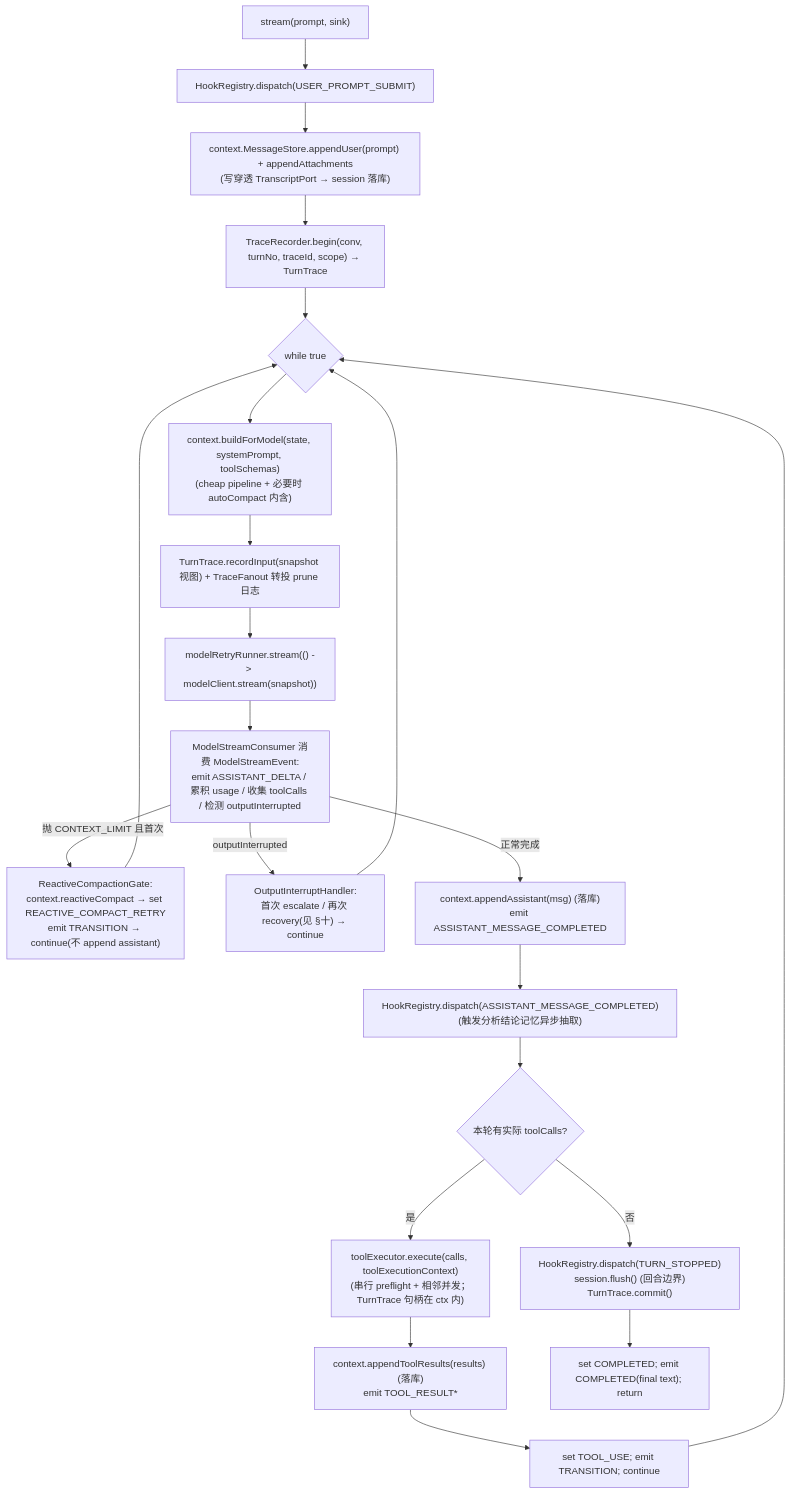
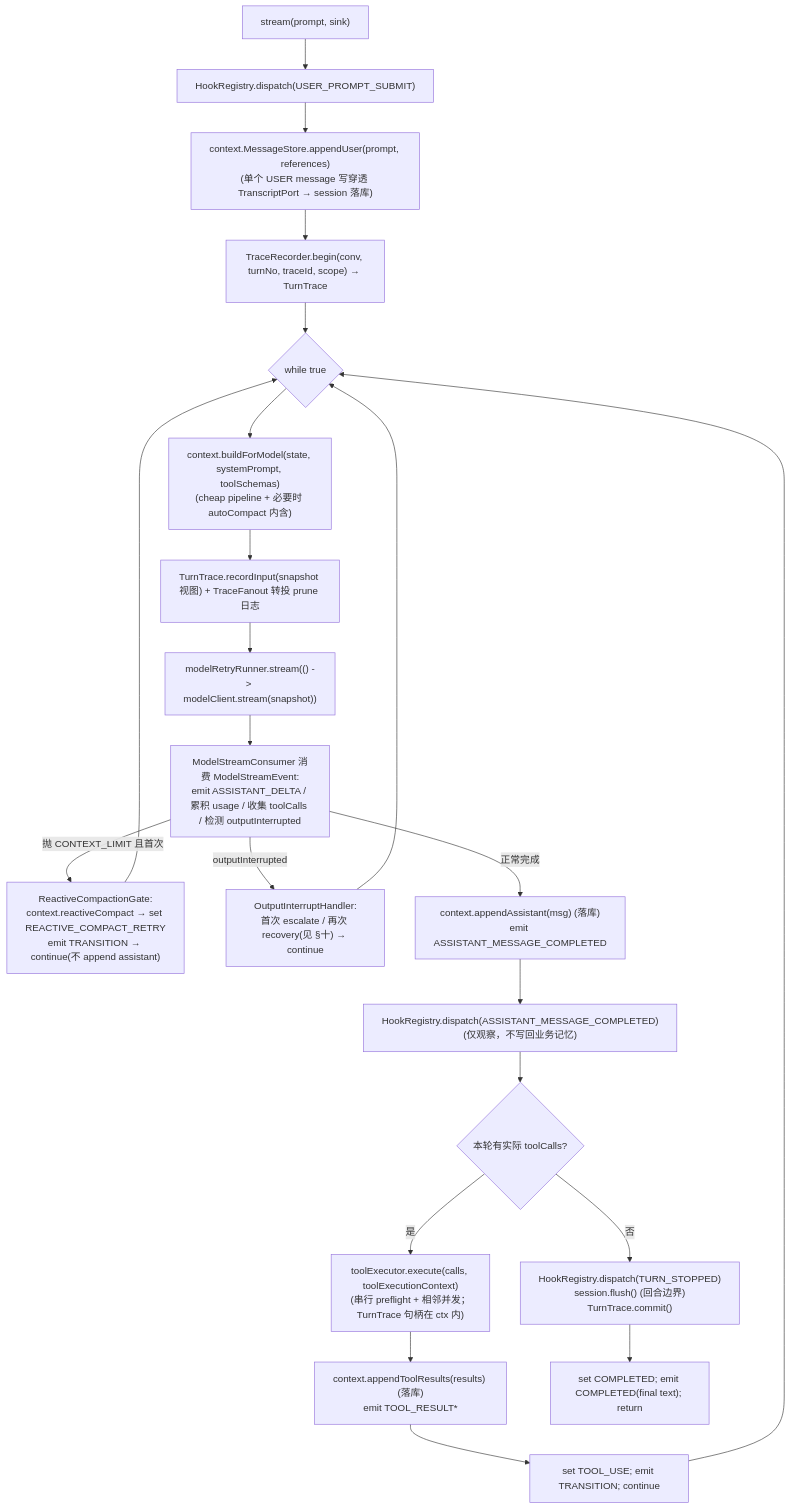
One commit to EtherealStar/PixFlow changed the second of 2 diagrams in docs/design-docs/harness/loop.md. Above: the diagram before and after it, drawn with Mermaid. The commit also changed other lines of this file and 62 other files, not shown here.

Commit message:
docs: align architecture, ADRs, and execution plans

````diff
--- a/docs/design-docs/harness/loop.md
+++ b/docs/design-docs/harness/loop.md
@@ -306,24 +306,24 @@
 ```mermaid
 flowchart TD
   Start["stream(prompt, sink)"] --> UPS["HookRegistry.dispatch(USER_PROMPT_SUBMIT)"]
-  UPS --> AppendU["context.MessageStore.appendUser(prompt) + appendAttachments<br/>(写穿透 TranscriptPort → session 落库)"]
+  UPS --> AppendU["context.MessageStore.appendUser(prompt, references)<br/>(单个 USER message 写穿透 TranscriptPort → session 落库)"]
   AppendU --> Begin["TraceRecorder.begin(conv, turnNo, traceId, scope) → TurnTrace"]
   Begin --> Loop{"while true"}
   Loop --> Build["context.buildForModel(state, systemPrompt, toolSchemas)<br/>(cheap pipeline + 必要时 autoCompact 内含)"]
   Build --> RecIn["TurnTrace.recordInput(snapshot 视图) + TraceFanout 转投 prune 日志"]
   RecIn --> Call["modelRetryRunner.stream(() -> modelClient.stream(snapshot))"]
   Call --> Consume["ModelStreamConsumer 消费 ModelStreamEvent:<br/>emit ASSISTANT_DELTA / 累积 usage / 收集 toolCalls / 检测 outputInterrupted"]
   Consume -->|抛 CONTEXT_LIMIT 且首次| RC["ReactiveCompactionGate:<br/>context.reactiveCompact → set REACTIVE_COMPACT_RETRY<br/>emit TRANSITION → continue(不 append assistant)"]
   Consume -->|outputInterrupted| OI["OutputInterruptHandler:<br/>首次 escalate / 再次 recovery(见 §十) → continue"]
   Consume -->|正常完成| AppendA["context.appendAssistant(msg) (落库)<br/>emit ASSISTANT_MESSAGE_COMPLETED"]
-  AppendA --> AMC["HookRegistry.dispatch(ASSISTANT_MESSAGE_COMPLETED)<br/>(触发分析结论记忆异步抽取)"]
+  AppendA --> AMC["HookRegistry.dispatch(ASSISTANT_MESSAGE_COMPLETED)<br/>(仅观察，不写回业务记忆)"]
   AMC --> HasTool{"本轮有实际 toolCalls?"}
   HasTool -->|是| Exec["toolExecutor.execute(calls, toolExecutionContext)<br/>(串行 preflight + 相邻并发；TurnTrace 句柄在 ctx 内)"]
   Exec --> AppendT["context.appendToolResults(results) (落库)<br/>emit TOOL_RESULT*"]
   AppendT --> SetTool["set TOOL_USE; emit TRANSITION; continue"]
   SetTool --> Loop
   RC --> Loop
   OI --> Loop
   HasTool -->|否| Stop["HookRegistry.dispatch(TURN_STOPPED)<br/>session.flush() (回合边界)<br/>TurnTrace.commit()"]
   Stop --> Done["set COMPLETED; emit COMPLETED(final text); return"]
 ```
````
